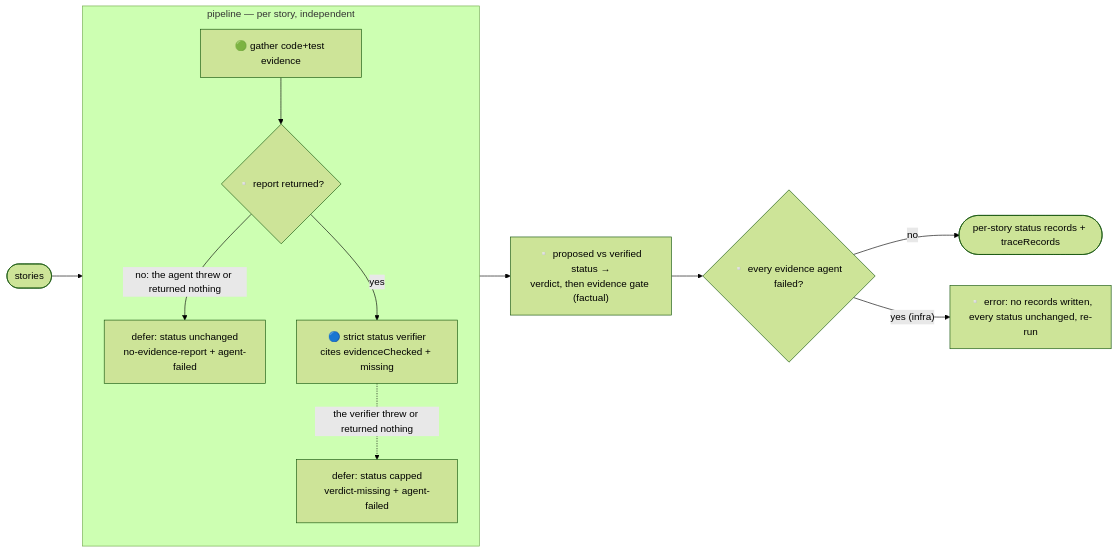
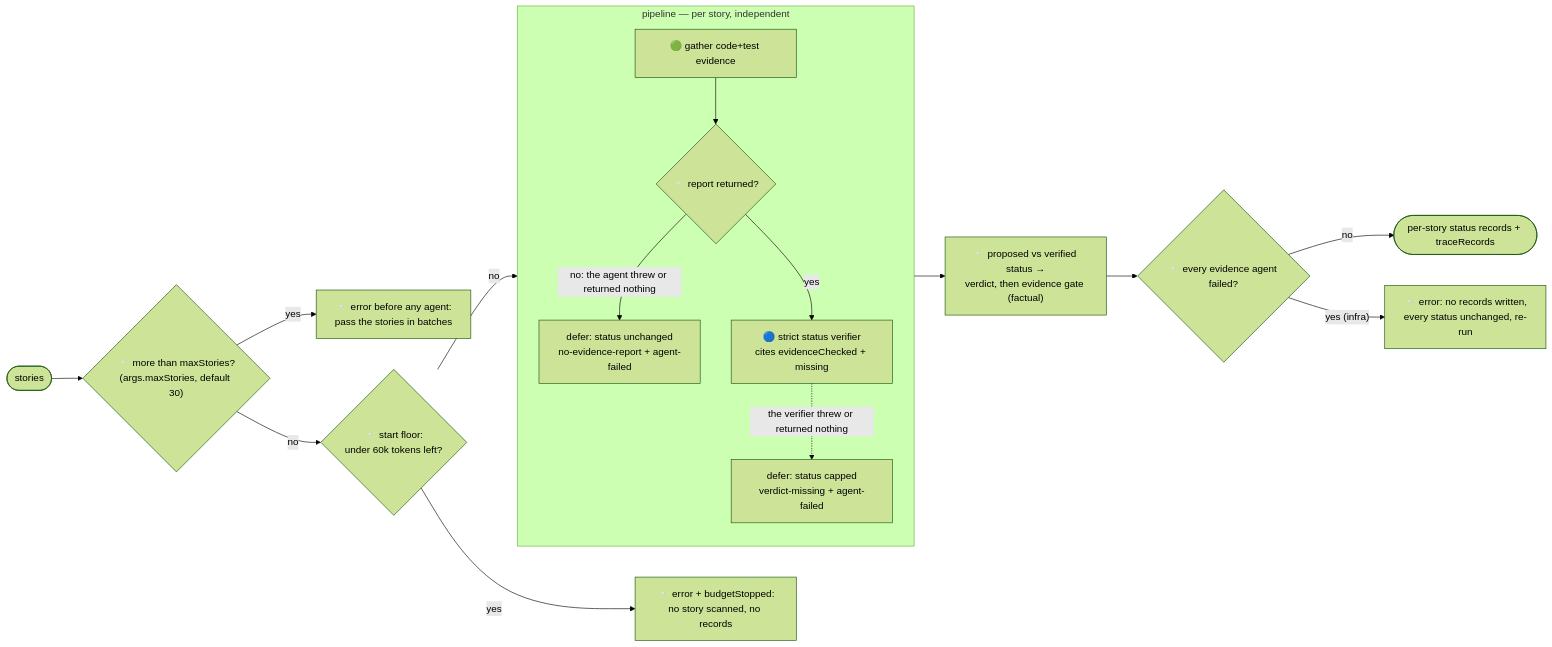
Before and after one commit to dominno/loop-setup: the third of 7 diagrams in docs/workflow-graphs.md, drawn with Mermaid (forest theme). The commit also changed other lines of this file and 14 other files, not shown here.

First line of the commit message:
Cost bounds: maxStories, critic verifier cap with recorded defers, budget floors

````diff
--- a/docs/workflow-graphs.md
+++ b/docs/workflow-graphs.md
@@ -124,14 +150,18 @@
 ```mermaid
 flowchart LR
-  stories([stories]) --> P
+  stories([stories]) --> ms{"▫️ more than maxStories?<br/>(args.maxStories, default 30)"}
+  ms -- yes --> merr[▫️ error before any agent:<br/>pass the stories in batches]
+  ms -- no --> sf{"▫️ start floor:<br/>under 60k tokens left?"}
+  sf -- yes --> berr[▫️ error + budgetStopped:<br/>no story scanned, no records]
+  sf -- no --> P
   subgraph P["pipeline — per story, independent"]
     e[🟢 gather code+test evidence] --> nr{▫️ report returned?}
     nr -- "no: the agent threw or returned nothing" --> d0[defer: status unchanged<br/>no-evidence-report + agent-failed]
     nr -- yes --> v[🔵 strict status verifier<br/>cites evidenceChecked + missing]
     v -.->|the verifier threw or returned nothing| d1[defer: status capped<br/>verdict-missing + agent-failed]
   end
   P --> map["▫️ proposed vs verified status →<br/>verdict, then evidence gate (factual)"]
   map --> allf{"▫️ every evidence agent failed?"}
   allf -- no --> out([per-story status records + traceRecords])
   allf -- "yes (infra)" --> err[▫️ error: no records written,<br/>every status unchanged, re-run]
 ```
````
